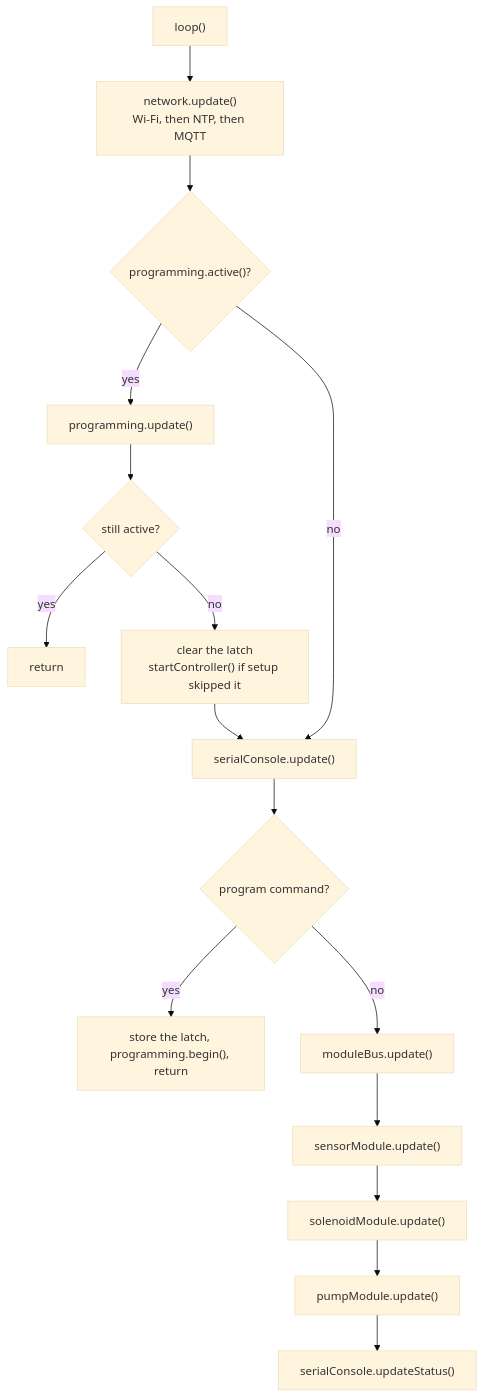
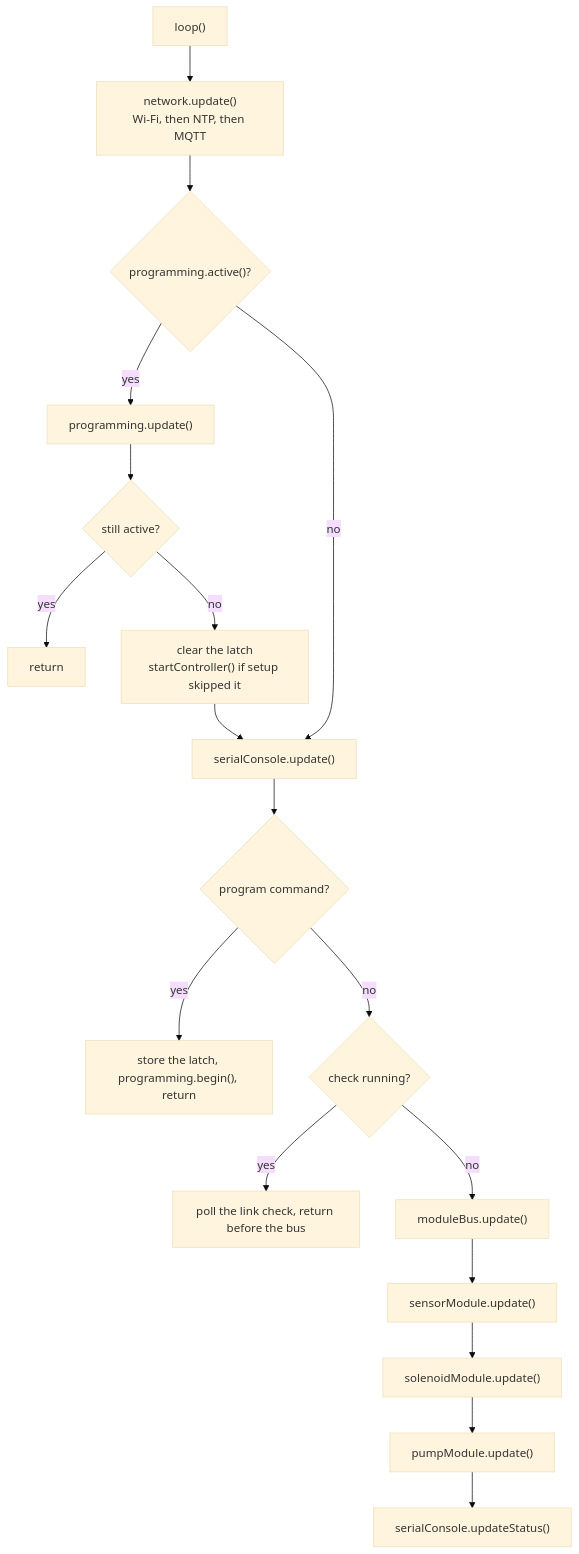
One commit to WiddleWabbit/MQTT-ModularControllerBoard changed the diagram in Firmware/docs/architecture.md. Above: the diagram before and after it, drawn with Mermaid (base theme). The commit also changed other lines of this file and 22 other files, not shown here.

````diff
--- a/Firmware/docs/architecture.md
+++ b/Firmware/docs/architecture.md
@@ -56,18 +56,20 @@
 ```mermaid
 flowchart TD
   loop["loop()"] --> net["network.update()<br/>Wi-Fi, then NTP, then MQTT"]
   net --> prog{"programming.active()?"}
   prog -->|yes| stk["programming.update()"]
   stk --> still{"still active?"}
   still -->|yes| ret["return"]
   still -->|no| boot["clear the latch<br/>startController() if setup skipped it"]
   prog -->|no| ser["serialConsole.update()"]
   boot --> ser
   ser --> asked{"program command?"}
   asked -->|yes| arm["store the latch, programming.begin(), return"]
-  asked -->|no| bus["moduleBus.update()"]
+  asked -->|no| chk{"check running?"}
+  chk -->|yes| probe["poll the link check, return before the bus"]
+  chk -->|no| bus["moduleBus.update()"]
   bus --> sensor["sensorModule.update()"]
   sensor --> solenoid["solenoidModule.update()"]
   solenoid --> pump["pumpModule.update()"]
   pump --> snap["serialConsole.updateStatus()"]
 ```
````
